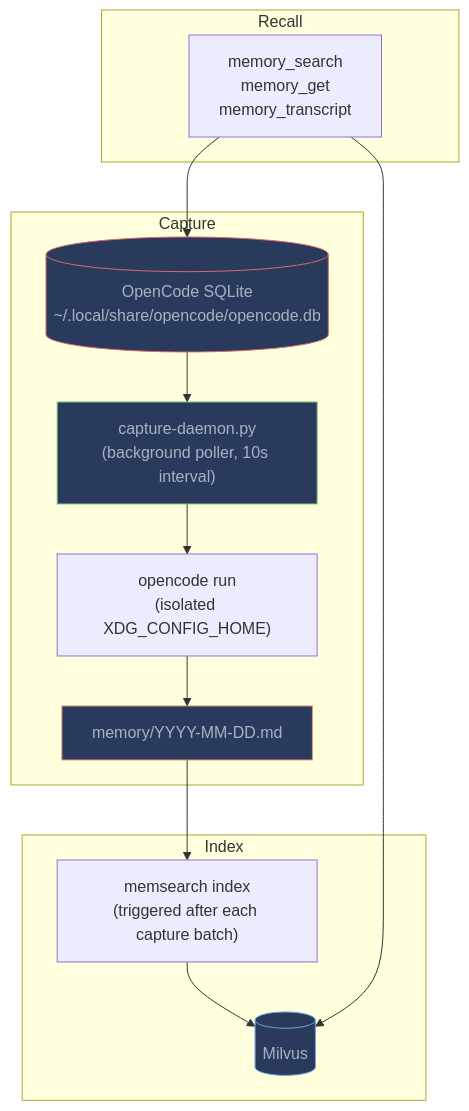
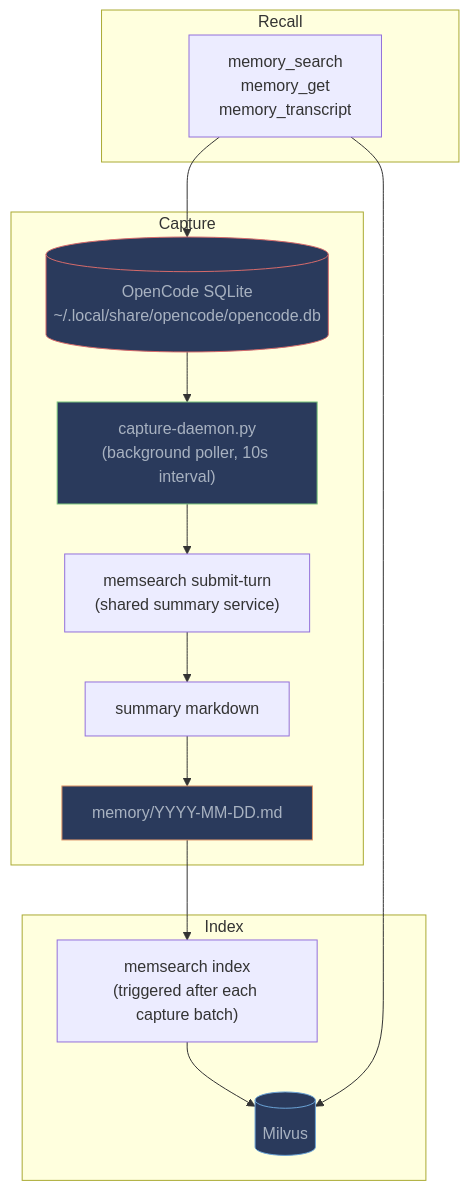
Before and after one commit to thaibui/memsearch: the first of 2 diagrams in docs/platforms/opencode/how-it-works.md, drawn with Mermaid. The commit also changed other lines of this file and 20 other files, not shown here.

````diff
--- a/docs/platforms/opencode/how-it-works.md
+++ b/docs/platforms/opencode/how-it-works.md
@@ -16,23 +16,24 @@
 ```mermaid
 graph TB
     subgraph "Capture"
         SQLITE[("OpenCode SQLite<br/>~/.local/share/opencode/opencode.db")] --> DAEMON["capture-daemon.py<br/>(background poller, 10s interval)"]
-        DAEMON --> SUMMARIZE["opencode run<br/>(isolated XDG_CONFIG_HOME)"]
-        SUMMARIZE --> MD["memory/YYYY-MM-DD.md"]
+        DAEMON --> SERVICE["memsearch submit-turn<br/>(shared summary service)"]
+        SERVICE --> SUMMARY["summary markdown"]
+        SUMMARY --> MD["memory/YYYY-MM-DD.md"]
     end
 
     subgraph "Index"
         MD --> INDEX["memsearch index<br/>(triggered after each capture batch)"]
         INDEX --> MIL[(Milvus)]
     end
 
     subgraph "Recall"
         TOOLS["memory_search<br/>memory_get<br/>memory_transcript"] --> MIL
         TOOLS --> SQLITE
     end
 
     style SQLITE fill:#2a3a5c,stroke:#d66b6b,color:#a8b2c1
     style MD fill:#2a3a5c,stroke:#e0976b,color:#a8b2c1
     style MIL fill:#2a3a5c,stroke:#6ba3d6,color:#a8b2c1
     style DAEMON fill:#2a3a5c,stroke:#7bc67e,color:#a8b2c1
 ```
````
